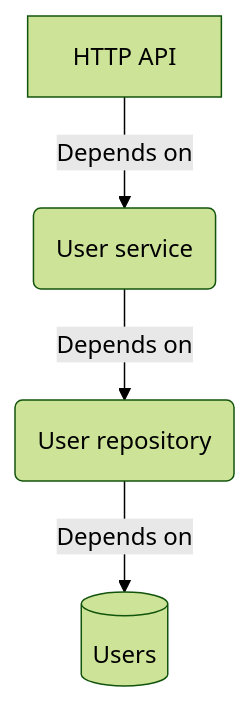
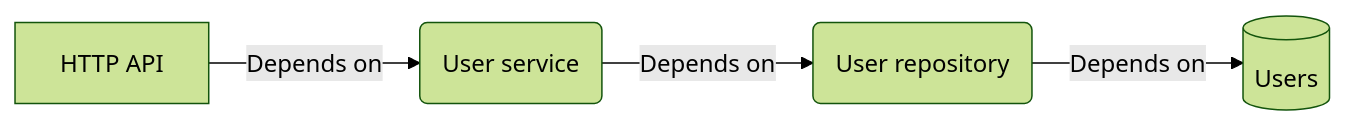
Before and after one commit to bradwestness/bradwestness.github.io: the first of 3 diagrams in _posts/2024/2024-04-07-organizing-your-code-to-minimize-the-blast-radius.md, drawn with Mermaid (forest theme).

```diff
--- a/_posts/2024/2024-04-07-organizing-your-code-to-minimize-the-blast-radius.md
+++ b/_posts/2024/2024-04-07-organizing-your-code-to-minimize-the-blast-radius.md
@@ -14,6 +14,6 @@
 <div class="mermaid">
-flowchart TD
+flowchart LR
     A["HTTP API"] --> |Depends on| B(User service)
     B --> |Depends on| C(User repository)
     C --> |Depends on| D[(Users)]
 </div>
```
